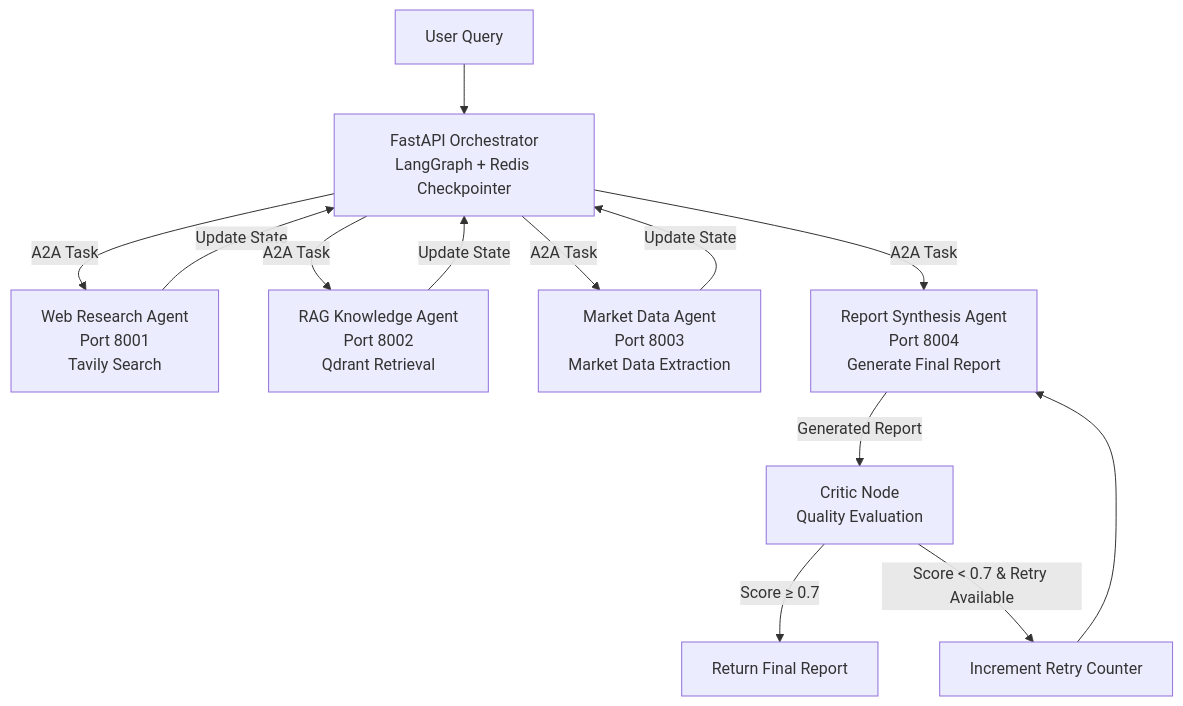
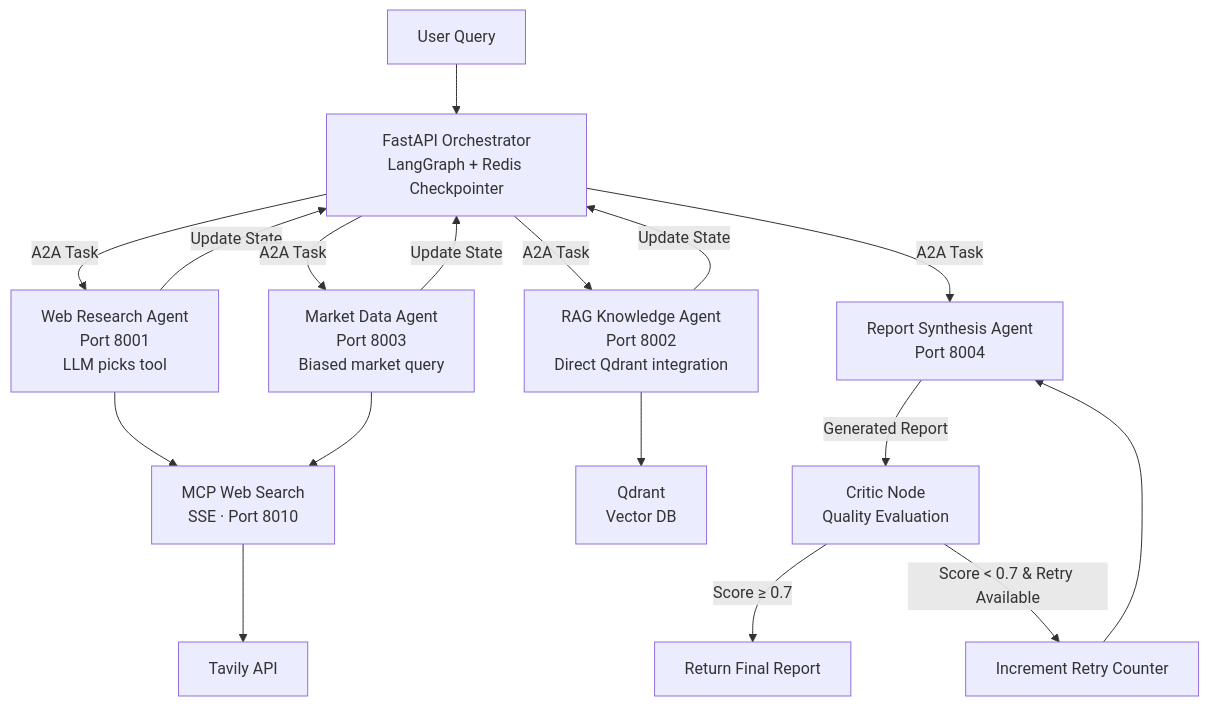
The first of 3 diagrams in README.md (kowshikkkkkk/research-agent-orchestrator), drawn with Mermaid before and after one commit. The commit also changed other lines of this file, not shown here.

Commit message:
Rewrite README: MCP scope, dynamic tool selection, eval harness, corrected architecture

````diff
--- a/README.md
+++ b/README.md
@@ -13,22 +13,25 @@
 ```mermaid
 flowchart TD
     A["User Query"]
     --> B["FastAPI Orchestrator<br/>LangGraph + Redis Checkpointer"]
 
-    B -->|"A2A Task"| C["Web Research Agent<br/>Port 8001<br/>Tavily Search"]
+    B -->|"A2A Task"| C["Web Research Agent<br/>Port 8001<br/>LLM picks tool"]
+    C --> C1["MCP Web Search<br/>SSE · Port 8010"]
+    C1 --> C2["Tavily API"]
     C -->|"Update State"| B
 
-    B -->|"A2A Task"| D["RAG Knowledge Agent<br/>Port 8002<br/>Qdrant Retrieval"]
+    B -->|"A2A Task"| D["RAG Knowledge Agent<br/>Port 8002<br/>Direct Qdrant integration"]
+    D --> D1["Qdrant<br/>Vector DB"]
     D -->|"Update State"| B
 
-    B -->|"A2A Task"| E["Market Data Agent<br/>Port 8003<br/>Market Data Extraction"]
+    B -->|"A2A Task"| E["Market Data Agent<br/>Port 8003<br/>Biased market query"]
+    E --> C1
     E -->|"Update State"| B
 
-    B -->|"A2A Task"| F["Report Synthesis Agent<br/>Port 8004<br/>Generate Final Report"]
+    B -->|"A2A Task"| F["Report Synthesis Agent<br/>Port 8004"]
     F -->|"Generated Report"| G["Critic Node<br/>Quality Evaluation"]
 
     G -->|"Score ≥ 0.7"| H["Return Final Report"]
-
     G -->|"Score < 0.7 & Retry Available"| I["Increment Retry Counter"]
     I --> F
 ```
````
